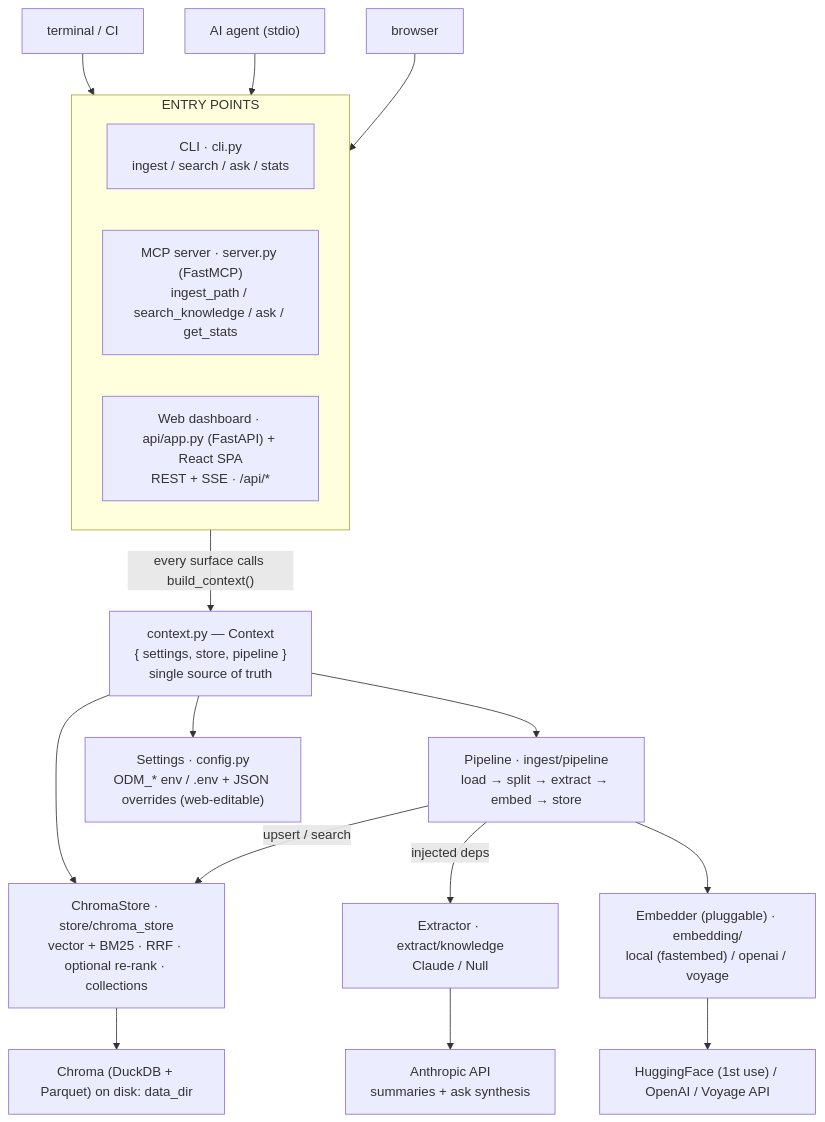
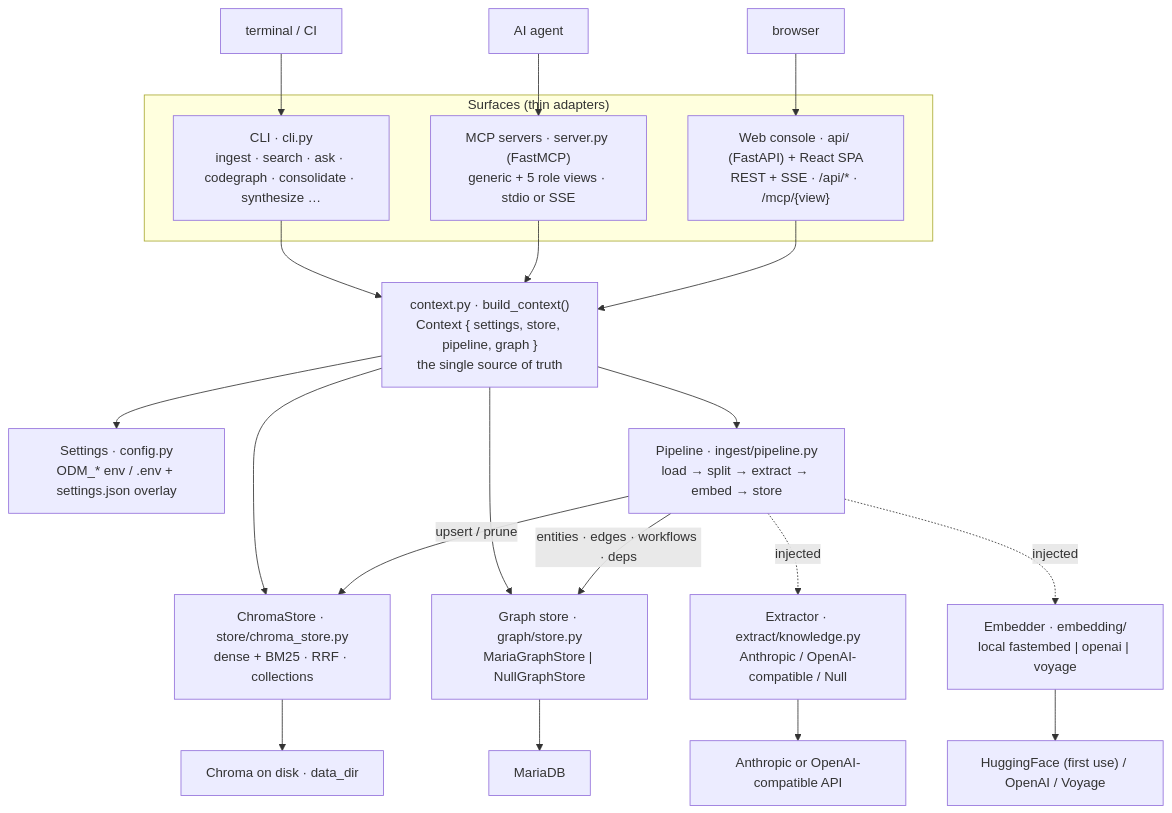
One commit to b5336789/open-domain-mcp changed the second of 7 diagrams in README.md. Above: the diagram before and after it, drawn with Mermaid. The commit also changed other lines of this file, not shown here.

First line of the commit message:
docs: rewrite README for the current platform, redraw all mermaid diagrams

````diff
--- a/README.md
+++ b/README.md
@@ -102,22 +140,27 @@
 ```mermaid
 flowchart TD
-    terminal["terminal / CI"] --> EP
-    agent["AI agent (stdio)"] --> EP
-    browser["browser"] --> EP
-    subgraph EP["ENTRY POINTS"]
-        CLI["CLI · cli.py<br/>ingest / search / ask / stats"]
-        MCP["MCP server · server.py (FastMCP)<br/>ingest_path / search_knowledge / ask / get_stats"]
-        WEB["Web dashboard · api/app.py (FastAPI) + React SPA<br/>REST + SSE · /api/*"]
+    term["terminal / CI"] --> CLI
+    agent["AI agent"] --> MCP
+    browser["browser"] --> WEB
+    subgraph SURFACES["Surfaces (thin adapters)"]
+        CLI["CLI · cli.py<br/>ingest · search · ask · codegraph · consolidate · synthesize …"]
+        MCP["MCP servers · server.py (FastMCP)<br/>generic + 5 role views · stdio or SSE"]
+        WEB["Web console · api/ (FastAPI) + React SPA<br/>REST + SSE · /api/* · /mcp/{view}"]
     end
-    EP -->|"every surface calls build_context()"| CTX
-    CTX["context.py — Context<br/>{ settings, store, pipeline }<br/>single source of truth"]
-    CTX --> PIPE["Pipeline · ingest/pipeline<br/>load → split → extract → embed → store"]
-    CTX --> STORE["ChromaStore · store/chroma_store<br/>vector + BM25 · RRF · optional re-rank · collections"]
-    CTX --> SET["Settings · config.py<br/>ODM_* env / .env + JSON overrides (web-editable)"]
-    PIPE -->|"upsert / search"| STORE
-    PIPE -->|"injected deps"| EXTR["Extractor · extract/knowledge<br/>Claude / Null"]
-    PIPE --> EMB["Embedder (pluggable) · embedding/<br/>local (fastembed) / openai / voyage"]
-    EXTR --> ANT["Anthropic API<br/>summaries + ask synthesis"]
-    EMB --> HF["HuggingFace (1st use) / OpenAI / Voyage API"]
-    STORE --> CHR["Chroma (DuckDB + Parquet) on disk: data_dir"]
+    CLI --> CTX
+    MCP --> CTX
+    WEB --> CTX
+    CTX["context.py · build_context()<br/>Context { settings, store, pipeline, graph }<br/>the single source of truth"]
+    CTX --> SET["Settings · config.py<br/>ODM_* env / .env + settings.json overlay"]
+    CTX --> PIPE["Pipeline · ingest/pipeline.py<br/>load → split → extract → embed → store"]
+    CTX --> STORE["ChromaStore · store/chroma_store.py<br/>dense + BM25 · RRF · collections"]
+    CTX --> GRAPH["Graph store · graph/store.py<br/>MariaGraphStore | NullGraphStore"]
+    PIPE -->|"upsert / prune"| STORE
+    PIPE -->|"entities · edges · workflows · deps"| GRAPH
+    PIPE -.->|"injected"| EXTR["Extractor · extract/knowledge.py<br/>Anthropic / OpenAI-compatible / Null"]
+    PIPE -.->|"injected"| EMB["Embedder · embedding/<br/>local fastembed | openai | voyage"]
+    EXTR --> LLMAPI["Anthropic or OpenAI-compatible API"]
+    EMB --> EMBAPI["HuggingFace (first use) / OpenAI / Voyage"]
+    STORE --> DISK["Chroma on disk · data_dir"]
+    GRAPH --> DB["MariaDB"]
 ```
````
